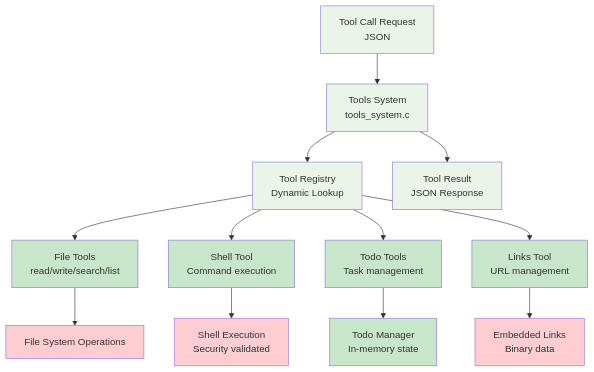
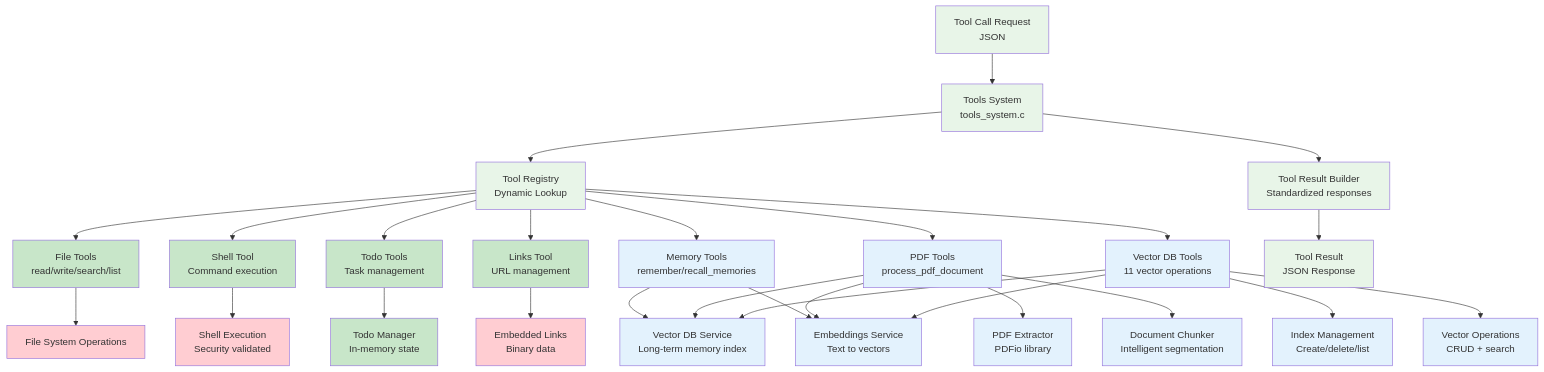
Before and after one commit to tgittos/scaffold: the seventh of 8 diagrams in ARCHITECTURE.md, drawn with Mermaid. The commit also changed other lines of this file and 21 other files, not shown here.

First line of the commit message:
docs: Update README and ARCHITECTURE for vector database and memory features

````diff
--- a/ARCHITECTURE.md
+++ b/ARCHITECTURE.md
@@ -188,25 +264,44 @@
 ```mermaid
 graph TB
     ToolCall[Tool Call Request<br/>JSON] --> ToolSystem[Tools System<br/>tools_system.c]
     ToolSystem --> ToolRegistry[Tool Registry<br/>Dynamic Lookup]
     
     ToolRegistry --> FileTools[File Tools<br/>read/write/search/list]
     ToolRegistry --> ShellTool[Shell Tool<br/>Command execution]
     ToolRegistry --> TodoTools[Todo Tools<br/>Task management]
     ToolRegistry --> LinksTools[Links Tool<br/>URL management]
+    ToolRegistry --> MemoryTools[Memory Tools<br/>remember/recall_memories]
+    ToolRegistry --> PDFTools[PDF Tools<br/>process_pdf_document]
+    ToolRegistry --> VectorDBTools[Vector DB Tools<br/>11 vector operations]
     
     FileTools --> FileSys[File System Operations]
     ShellTool --> Shell[Shell Execution<br/>Security validated]
     TodoTools --> TodoMgr[Todo Manager<br/>In-memory state]
     LinksTools --> EmbeddedLinks[Embedded Links<br/>Binary data]
     
-    ToolSystem --> ToolResult[Tool Result<br/>JSON Response]
+    MemoryTools --> VectorDBSvc[Vector DB Service<br/>Long-term memory index]
+    MemoryTools --> EmbeddingsSvc[Embeddings Service<br/>Text to vectors]
+    
+    PDFTools --> PDFExtractor[PDF Extractor<br/>PDFio library]
+    PDFTools --> DocumentChunker[Document Chunker<br/>Intelligent segmentation]
+    PDFTools --> VectorDBSvc
+    PDFTools --> EmbeddingsSvc
+    
+    VectorDBTools --> VectorDBSvc
+    VectorDBTools --> EmbeddingsSvc
+    VectorDBTools --> IndexMgmt[Index Management<br/>Create/delete/list]
+    VectorDBTools --> VectorOps[Vector Operations<br/>CRUD + search]
+    
+    ToolSystem --> ToolResultBuilder[Tool Result Builder<br/>Standardized responses]
+    ToolResultBuilder --> ToolResult[Tool Result<br/>JSON Response]
     
     classDef toolCore fill:#e8f5e8
     classDef toolImpl fill:#c8e6c9
+    classDef vectorTools fill:#e3f2fd
     classDef external fill:#ffcdd2
     
-    class ToolCall,ToolSystem,ToolRegistry,ToolResult toolCore
+    class ToolCall,ToolSystem,ToolRegistry,ToolResult,ToolResultBuilder toolCore
     class FileTools,ShellTool,TodoTools,LinksTools,TodoMgr toolImpl
+    class MemoryTools,PDFTools,VectorDBTools,VectorDBSvc,EmbeddingsSvc,PDFExtractor,DocumentChunker,IndexMgmt,VectorOps vectorTools
     class FileSys,Shell,EmbeddedLinks external
 ```
````
